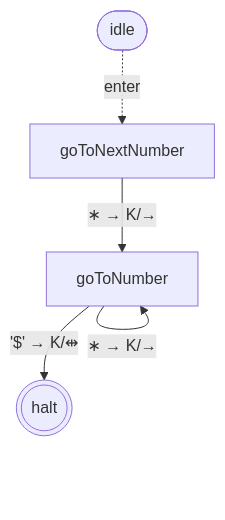
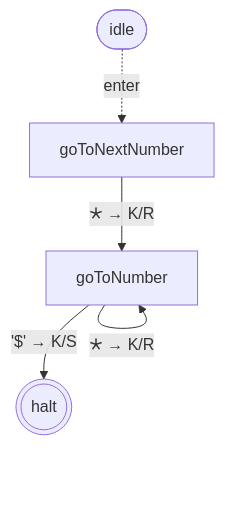
One commit to mellonis/turing-machine-js changed the second of 10 diagrams in packages/library-binary-numbers/states.md. Above: the diagram before and after it, drawn with Mermaid. The commit also changed other lines of this file and 14 other files, not shown here.

First line of the commit message:
polish(emit + docs): readable vocabulary, removed hand-drawn diagrams, dogfooded `summarize`

````diff
--- a/packages/library-binary-numbers/states.md
+++ b/packages/library-binary-numbers/states.md
@@ -22,12 +22,12 @@
 ```mermaid
 flowchart TD
 %% alphabets: [[" ","^","$","0","1"]]
   s0(((halt)))
   s1["goToNumber"]
   s2["goToNextNumber"]
   idle([idle])
   idle -. enter .-> s2
-  s1 -- "'$' → K/⇹" --> s0
-  s1 -- "∗ → K/→" --> s1
-  s2 -- "∗ → K/→" --> s1
+  s1 -- "'$' → K/S" --> s0
+  s1 -- "🞰 → K/R" --> s1
+  s2 -- "🞰 → K/R" --> s1
 ```
````
